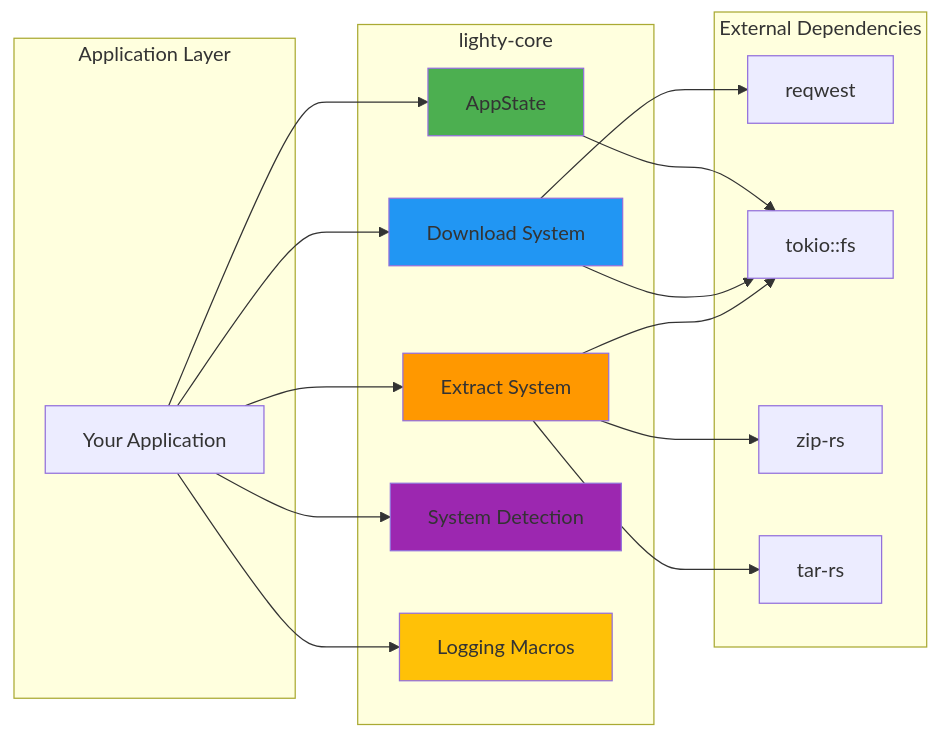
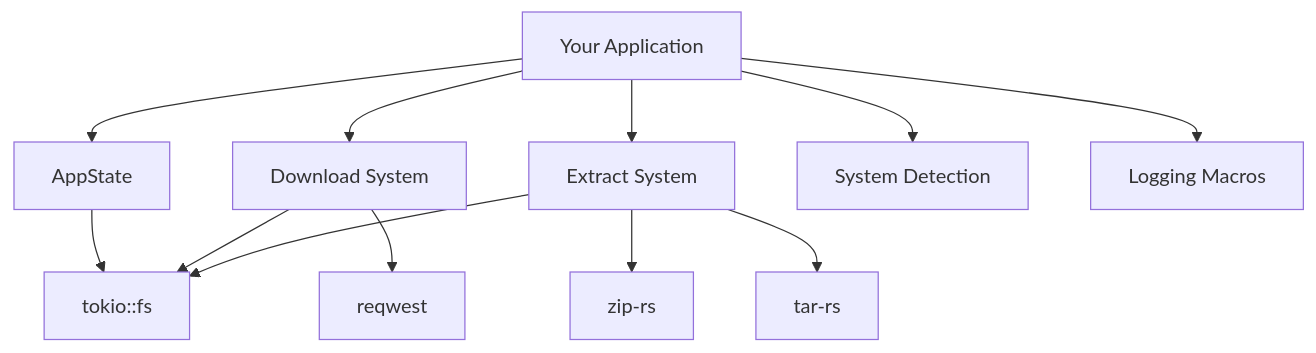
The first of 3 diagrams in crates/core/docs/overview.md (miguelkix30/LightyLauncherLib), drawn with Mermaid before and after one commit. The commit also changed 3 other files, not shown here.

````diff
--- a/crates/core/docs/overview.md
+++ b/crates/core/docs/overview.md
@@ -26,40 +26,17 @@
 ```mermaid
-graph LR
-    subgraph "Application Layer"
-        APP[Your Application]
-    end
+flowchart TD
+    APP[Your Application]
 
-    subgraph "lighty-core"
-        AS[AppState]
-        DL[Download System]
-        EX[Extract System]
-        SYS[System Detection]
-        LOG[Logging Macros]
-    end
+    APP --> AS[AppState]
+    APP --> DL[Download System]
+    APP --> EX[Extract System]
+    APP --> SYS[System Detection]
+    APP --> LOG[Logging Macros]
 
-    subgraph "External Dependencies"
-        HTTP[reqwest]
-        FS[tokio::fs]
-        ZIP[zip-rs]
-        TAR[tar-rs]
-    end
-
-    APP --> AS
-    APP --> DL
-    APP --> EX
-    APP --> SYS
-    APP --> LOG
-
-    AS --> FS
-    DL --> HTTP
+    AS --> FS[tokio::fs]
+    DL --> HTTP[reqwest]
     DL --> FS
-    EX --> ZIP
-    EX --> TAR
+    EX --> ZIP[zip-rs]
+    EX --> TAR[tar-rs]
     EX --> FS
-
-    style AS fill:#4CAF50
-    style DL fill:#2196F3
-    style EX fill:#FF9800
-    style SYS fill:#9C27B0
-    style LOG fill:#FFC107
 ```
````
